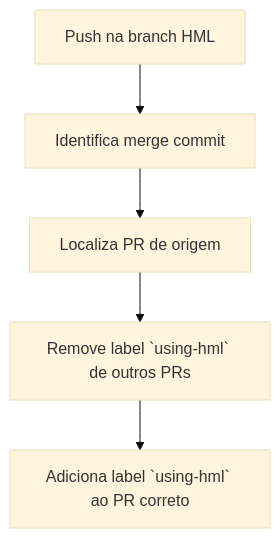
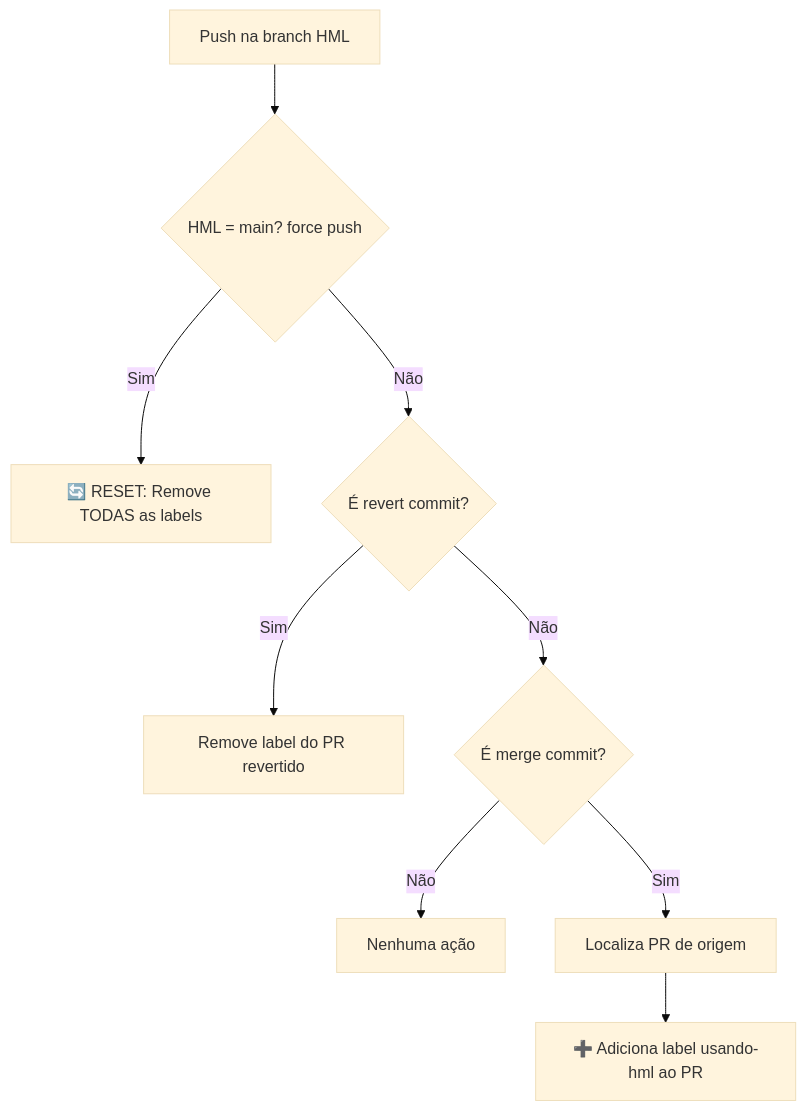
Before and after one commit to fernnandez-timeprimo/test-label-hml: the diagram in README.md, drawn with Mermaid (base theme). The commit also changed other lines of this file and 1 other file, not shown here.

````diff
--- a/README.md
+++ b/README.md
@@ -21,7 +22,11 @@
 ```mermaid
 flowchart TD
-    A[Push na branch HML] --> B[Identifica merge commit]
-    B --> C[Localiza PR de origem]
-    C --> D[Remove label `using-hml` de outros PRs]
-    D --> E[Adiciona label `using-hml` ao PR correto]
+    A[Push na branch HML] --> B{HML = main? force push}
+    B -->|Sim| C[🔄 RESET: Remove TODAS as labels]
+    B -->|Não| D{É revert commit?}
+    D -->|Sim| E[Remove label do PR revertido]
+    D -->|Não| F{É merge commit?}
+    F -->|Não| G[Nenhuma ação]
+    F -->|Sim| H[Localiza PR de origem]
+    H --> I[➕ Adiciona label usando-hml ao PR]
 ```
````
